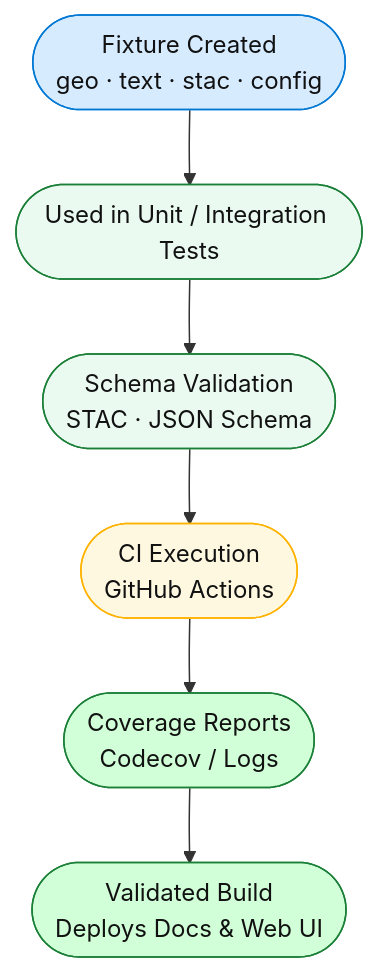
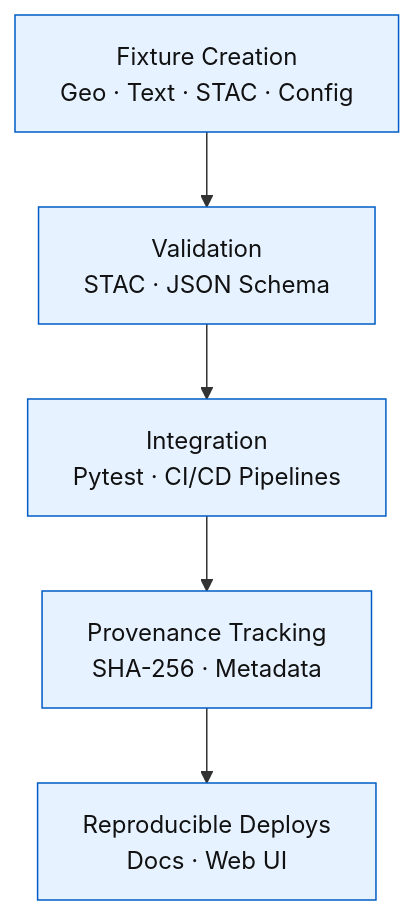
One commit to bartytime4life/Kansas-Frontier-Matrix changed the diagram in tests/fixtures/README.md. Above: the diagram before and after it, drawn with Mermaid. The commit also changed other lines of this file, not shown here.

````diff
--- a/tests/fixtures/README.md
+++ b/tests/fixtures/README.md
@@ -47,18 +35,9 @@
 ```mermaid
 flowchart TD
-    A([Fixture Created<br/>geo · text · stac · config]) --> B([Used in Unit / Integration Tests])
-    B --> C([Schema Validation<br/>STAC · JSON Schema])
-    C --> D([CI Execution<br/>GitHub Actions])
-    D --> E([Coverage Reports<br/>Codecov / Logs])
-    E --> F([Validated Build<br/>Deploys Docs & Web UI])
-
-    classDef s fill:#d7ebff,stroke:#0078d4,color:#111;
-    classDef v fill:#eafaf1,stroke:#1a7f37,color:#111;
-    classDef c fill:#fff8e1,stroke:#ffb300,color:#111;
-    classDef done fill:#d1ffd7,stroke:#1a7f37,color:#111;
-
-    class A s;
-    class B,C v;
-    class D c;
-    class E,F done;
+  A["Fixture Creation<br/>Geo · Text · STAC · Config"] --> B["Validation<br/>STAC · JSON Schema"]
+  B --> C["Integration<br/>Pytest · CI/CD Pipelines"]
+  C --> D["Provenance Tracking<br/>SHA-256 · Metadata"]
+  D --> E["Reproducible Deploys<br/>Docs · Web UI"]
+  classDef block fill:#e6f2ff,stroke:#005cc5,color:#111;
+  class A,B,C,D,E block;
 ```
````
